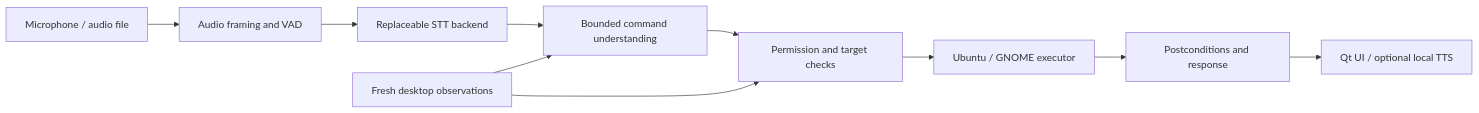
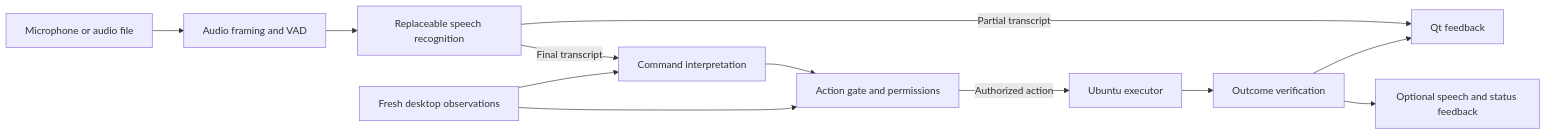
One commit to mohammadhosseinzakeri10/kyrin changed the diagram in README.md. Above: the diagram before and after it, drawn with Mermaid. The commit also changed other lines of this file and 12 other files, not shown here.

````diff
--- a/README.md
+++ b/README.md
@@ -112,12 +65,14 @@
 ```mermaid
 flowchart LR
-    A[Microphone / audio file] --> B[Audio framing and VAD]
-    B --> C[Replaceable STT backend]
-    C --> D[Bounded command understanding]
-    D --> E[Permission and target checks]
-    E --> F[Ubuntu / GNOME executor]
-    F --> G[Postconditions and response]
+    A[Microphone or audio file] --> B[Audio framing and VAD]
+    B --> C[Replaceable speech recognition]
+    C -->|Partial transcript| H[Qt feedback]
+    C -->|Final transcript| D[Command interpretation]
+    D --> E[Action gate and permissions]
     O[Fresh desktop observations] --> D
     O --> E
-    G --> H[Qt UI / optional local TTS]
+    E -->|Authorized action| F[Ubuntu executor]
+    F --> G[Outcome verification]
+    G --> H
+    G --> I[Optional speech and status feedback]
 ```
````
